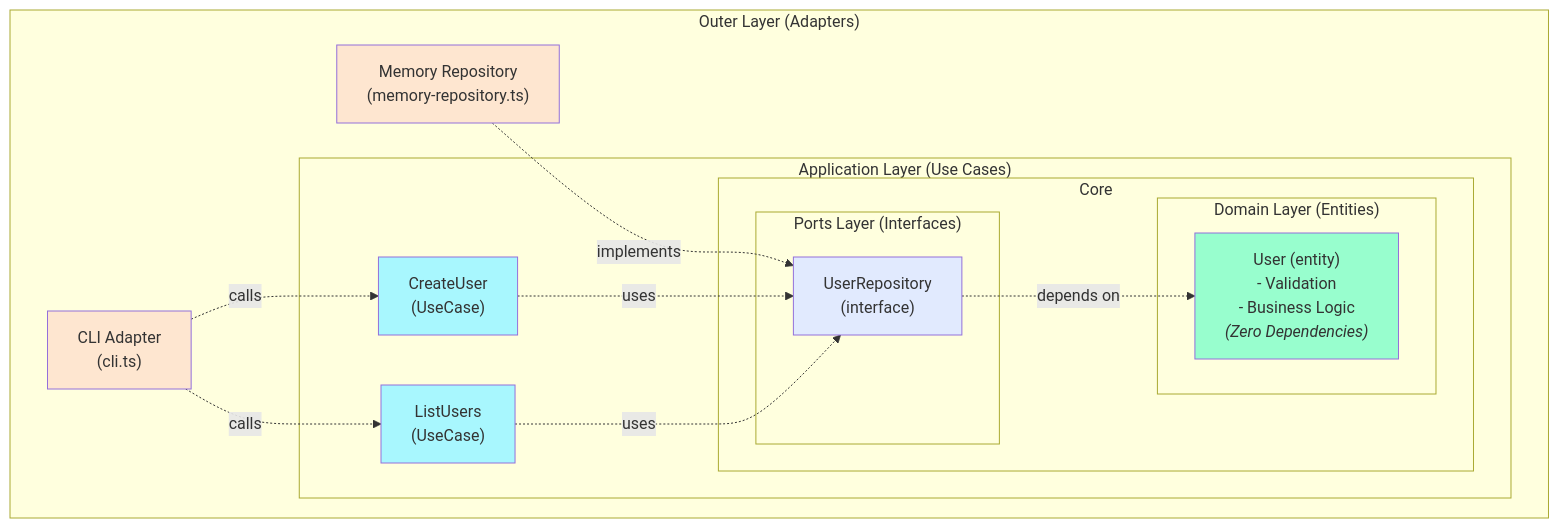
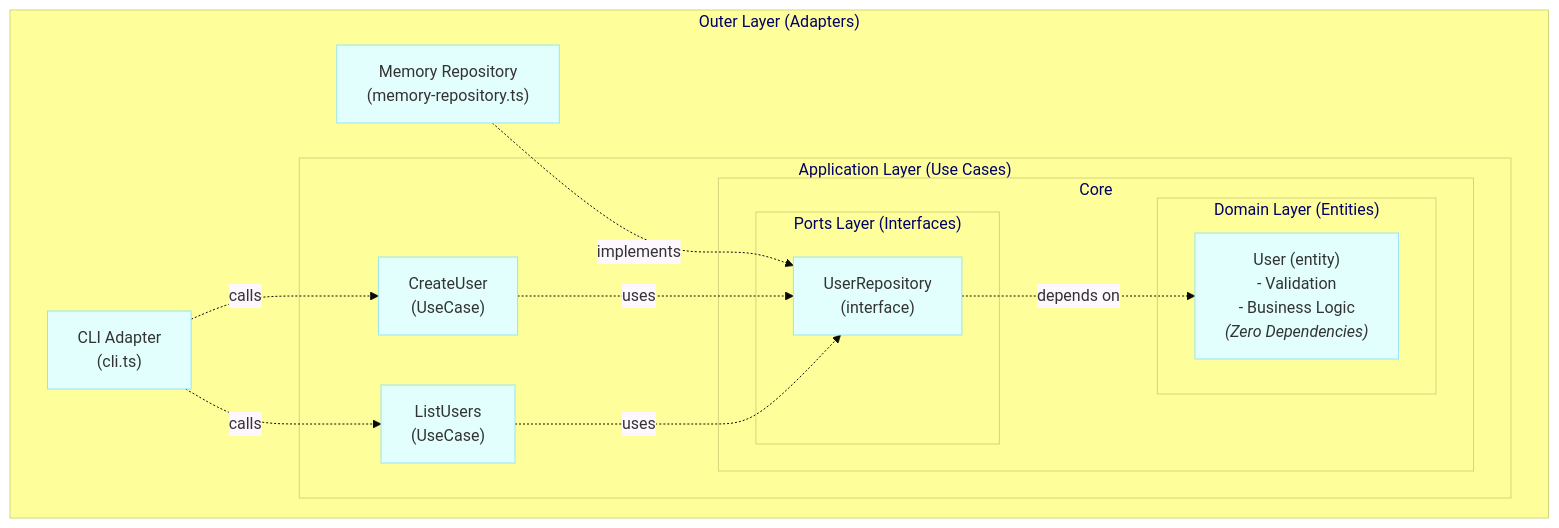
One commit to stricture-dev/stricture changed the diagram in examples/simple-hexagonal/README.md. Above: the diagram before and after it, drawn with Mermaid. The commit also changed 4 other files, not shown here.

First line of the commit message:
docs: simplify Mermaid diagrams using theme configuration

````diff
--- a/examples/simple-hexagonal/README.md
+++ b/examples/simple-hexagonal/README.md
@@ -21,36 +21,30 @@
 ```mermaid
+%%{init: {'theme':'base', 'themeVariables': { 'primaryColor':'#e2fffe','primaryBorderColor':'#99e5ee','secondaryColor':'#fef7fe','secondaryBorderColor':'#e5d5e5','tertiaryColor':'#feff9a','tertiaryBorderColor':'#d5d580'}}}%%
 graph TB
     subgraph Adapters["Outer Layer (Adapters)"]
         CLI["CLI Adapter<br/>(cli.ts)"]
         MemRepo["Memory Repository<br/>(memory-repository.ts)"]
 
         subgraph Application["Application Layer (Use Cases)"]
             CreateUser["CreateUser<br/>(UseCase)"]
             ListUsers["ListUsers<br/>(UseCase)"]
 
             subgraph PortsAndDomain["Core"]
                 subgraph Ports["Ports Layer (Interfaces)"]
                     UserRepo["UserRepository<br/>(interface)"]
                 end
 
                 subgraph Domain["Domain Layer (Entities)"]
                     User["User (entity)<br/>- Validation<br/>- Business Logic<br/><i>(Zero Dependencies)</i>"]
                 end
             end
         end
     end
 
     CLI -.calls.-> CreateUser
     CLI -.calls.-> ListUsers
     MemRepo -.implements.-> UserRepo
     CreateUser -.uses.-> UserRepo
     ListUsers -.uses.-> UserRepo
     UserRepo -.depends on.-> User
-
-    style User fill:#98fece
-    style UserRepo fill:#e1eafe
-    style CreateUser fill:#a8f7fe
-    style ListUsers fill:#a8f7fe
-    style CLI fill:#fee6d0
-    style MemRepo fill:#fee6d0
 ```
````
